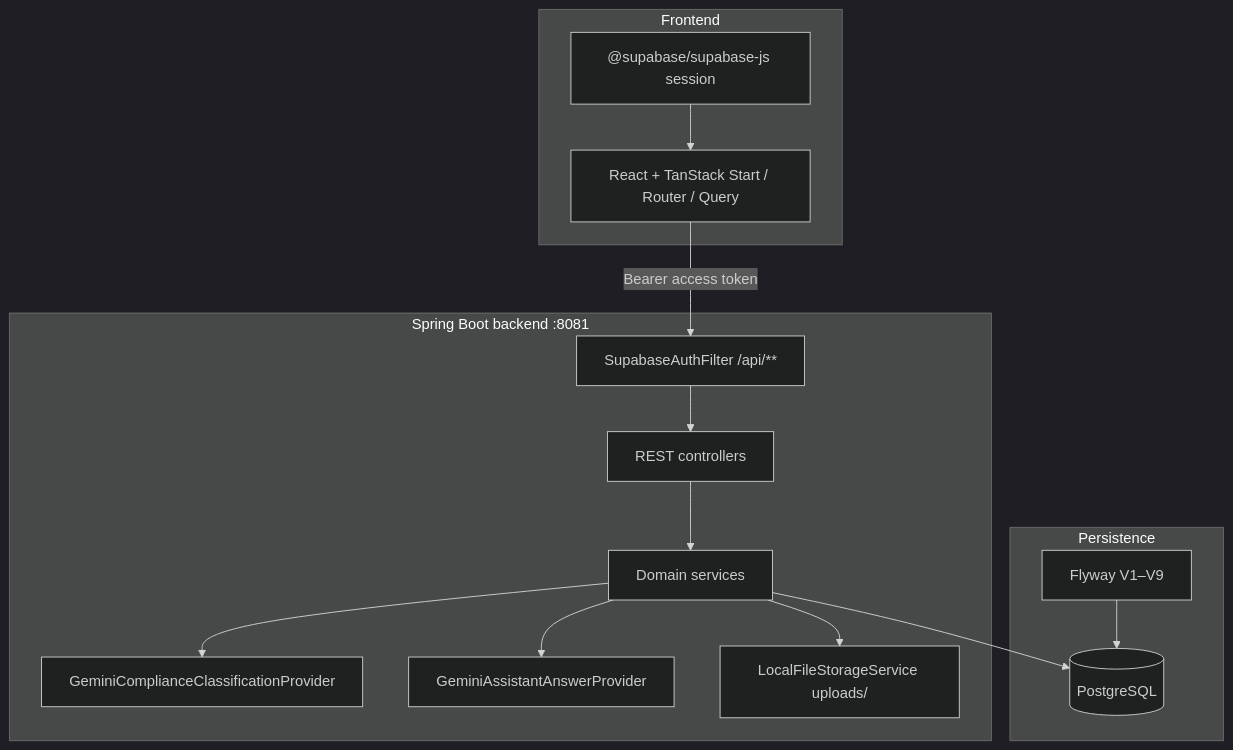
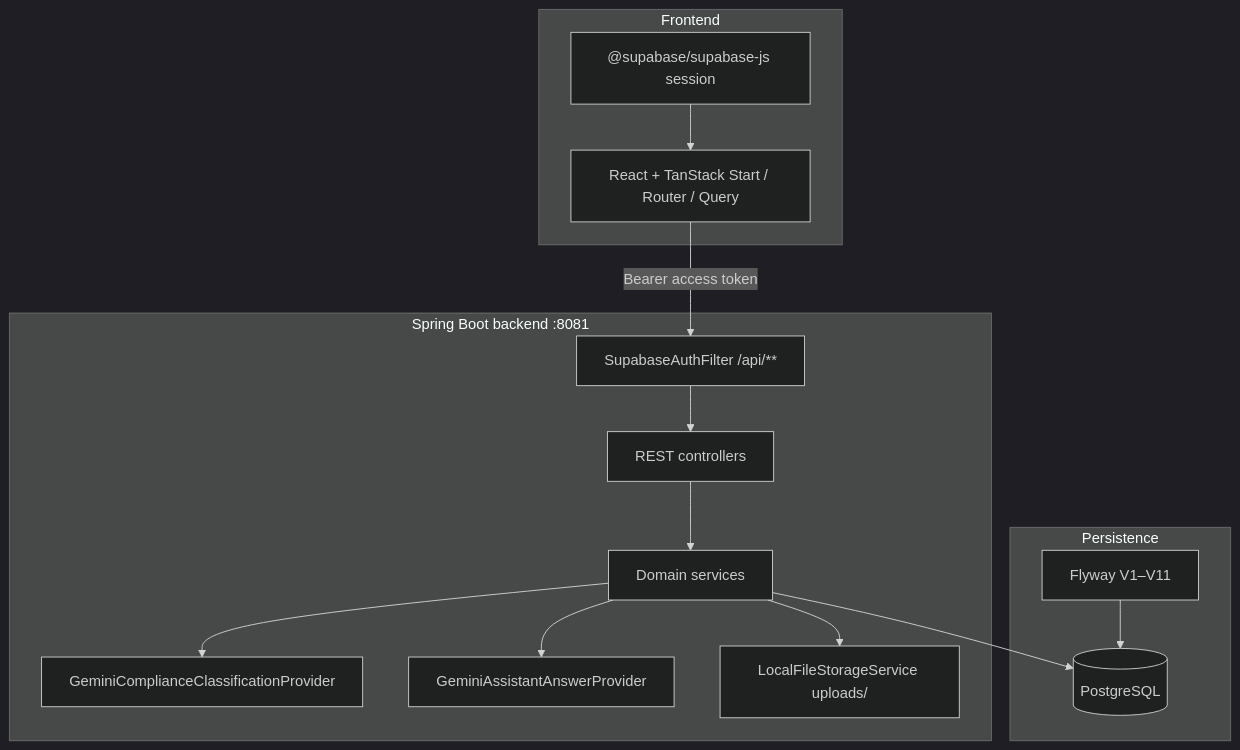
One commit to ItsAdi003/esg-genius-pro changed the first of 3 diagrams in docs/ARCHITECTURE.md. Above: the diagram before and after it, drawn with Mermaid (dark theme). The commit also changed other lines of this file and 4 other files, not shown here.

````diff
--- a/docs/ARCHITECTURE.md
+++ b/docs/ARCHITECTURE.md
@@ -7,31 +7,31 @@
 ```mermaid
 flowchart TB
   subgraph frontend ["Frontend"]
     UI["React + TanStack Start / Router / Query"]
     SupaClient["@supabase/supabase-js session"]
   end
 
   subgraph backend ["Spring Boot backend :8081"]
     AuthFilter["SupabaseAuthFilter /api/**"]
     Controllers["REST controllers"]
     Services["Domain services"]
     GeminiClass["GeminiComplianceClassificationProvider"]
     GeminiAssist["GeminiAssistantAnswerProvider"]
     LocalFS["LocalFileStorageService uploads/"]
   end
 
   subgraph data ["Persistence"]
     PG[(PostgreSQL)]
-    Flyway["Flyway V1–V9"]
+    Flyway["Flyway V1–V11"]
   end
 
   UI -->|"Bearer access token"| AuthFilter
   SupaClient --> UI
   AuthFilter --> Controllers
   Controllers --> Services
   Services --> PG
   Flyway --> PG
   Services --> LocalFS
   Services --> GeminiClass
   Services --> GeminiAssist
 ```
````
